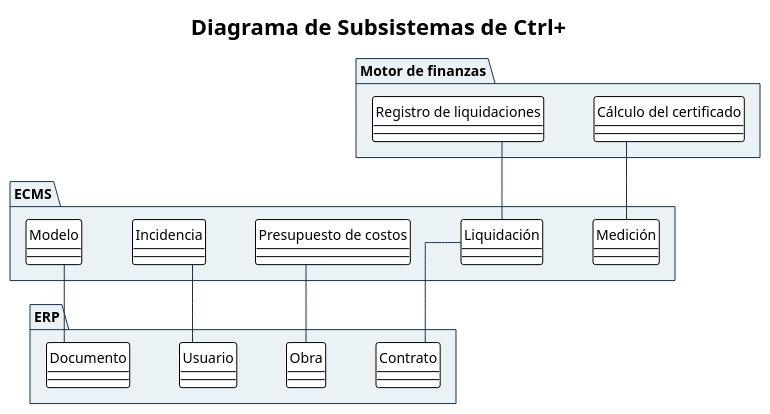
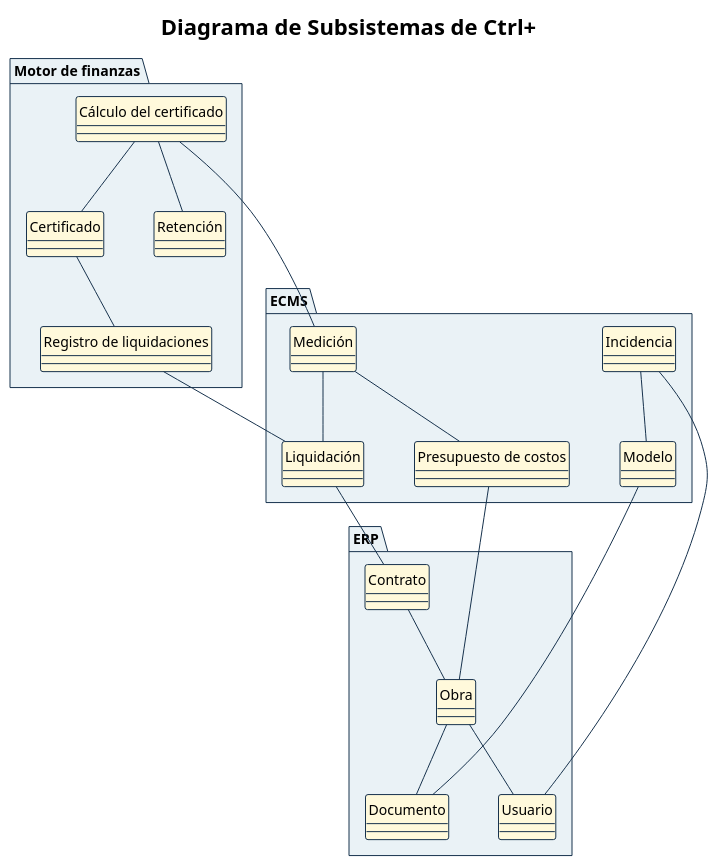
Before and after one commit to Ssrrb/tpf-uca: the diagram in diagramas/CU-00-paquetes.puml, drawn with PlantUML.

Commit message:
Diagrama de subsistemas con clases al estilo del ejemplo 2
Claude-Session: https://claude.ai/code/session_01SsyG3wUJjJavC4bKm9ePMa

```diff
--- a/diagramas/CU-00-paquetes.puml
+++ b/diagramas/CU-00-paquetes.puml
@@ -1,72 +1,87 @@
 @startuml
 !theme plain
 skinparam style strictuml
 skinparam shadowing false
 skinparam defaultFontName Arial
 skinparam defaultFontSize 14
 skinparam ArrowColor #17324D
 skinparam activity {
   StartColor #17324D
   EndColor #17324D
   BarColor #17324D
   BackgroundColor #F5F8FA
   BorderColor #17324D
   DiamondBackgroundColor #EAF2F6
   DiamondBorderColor #17324D
 }
 skinparam swimlane {
   BorderColor #17324D
   TitleBackgroundColor #EAF2F6
 }
 skinparam state {
   StartColor #17324D
   EndColor #17324D
   BackgroundColor #F5F8FA
   BorderColor #17324D
 }
 skinparam package {
   BackgroundColor #EAF2F6
   BorderColor #17324D
 }
 skinparam note {
   BackgroundColor #FFFFFF
   BorderColor #17324D
 }
 title Diagrama de Subsistemas de Ctrl+
 skinparam nodesep 50
 skinparam ranksep 70
-skinparam linetype ortho
 skinparam package {
   BackgroundColor #EAF2F6
   BorderColor #17324D
 }
 
 
+show circle
+skinparam classBackgroundColor #FFF9DB
+skinparam classBorderColor #17324D
+
 package "Motor de finanzas" {
   class "Cálculo del certificado" as CalculoCertificado
+  class "Certificado" as Certificado
   class "Registro de liquidaciones" as RegistroLiquidacion
+  class "Retención" as Retencion
 }
 
 package "ECMS" {
   class "Medición" as Medicion
   class "Liquidación" as Liquidacion
   class "Presupuesto de costos" as PresupuestoCostos
   class "Incidencia" as Incidencia
   class "Modelo" as Modelo
 }
 
 package "ERP" {
   class "Contrato" as Contrato
   class "Obra" as Obra
   class "Usuario" as Usuario
   class "Documento" as Documento
 }
 
-CalculoCertificado -down- Medicion
-RegistroLiquidacion -down- Liquidacion
-Liquidacion -down- Contrato
-PresupuestoCostos -down- Obra
-Incidencia -down- Usuario
-Modelo -down- Documento
+CalculoCertificado -- Certificado
+CalculoCertificado -- Retencion
+Certificado -- RegistroLiquidacion
+Medicion -- Liquidacion
+Medicion -- PresupuestoCostos
+Incidencia -- Modelo
+Contrato -- Obra
+Obra -- Usuario
+Obra -- Documento
+
+CalculoCertificado -- Medicion
+RegistroLiquidacion -- Liquidacion
+Liquidacion -- Contrato
+PresupuestoCostos -- Obra
+Incidencia -- Usuario
+Modelo -- Documento
 
 @enduml
```
